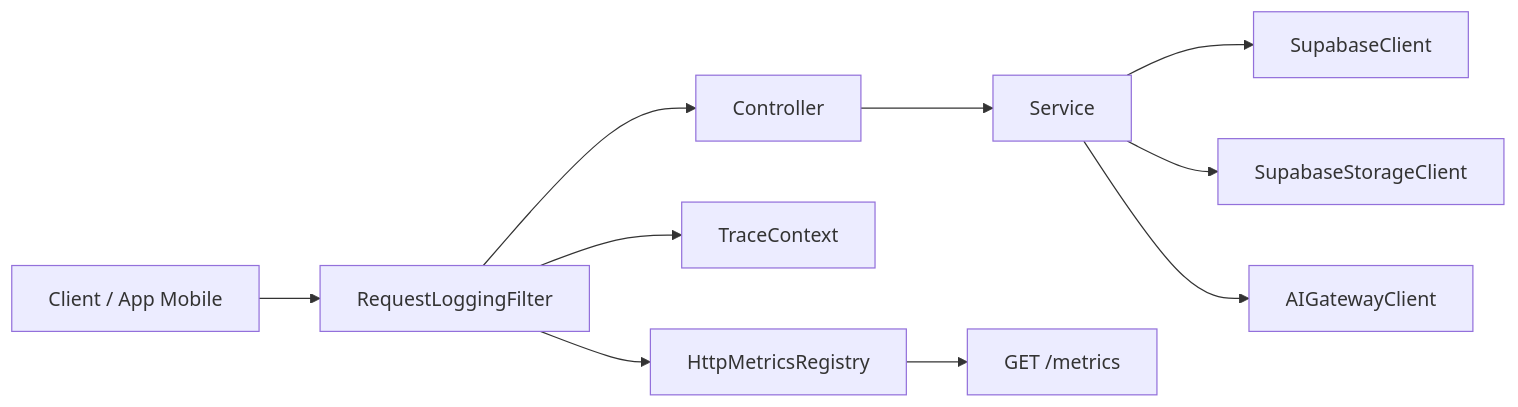
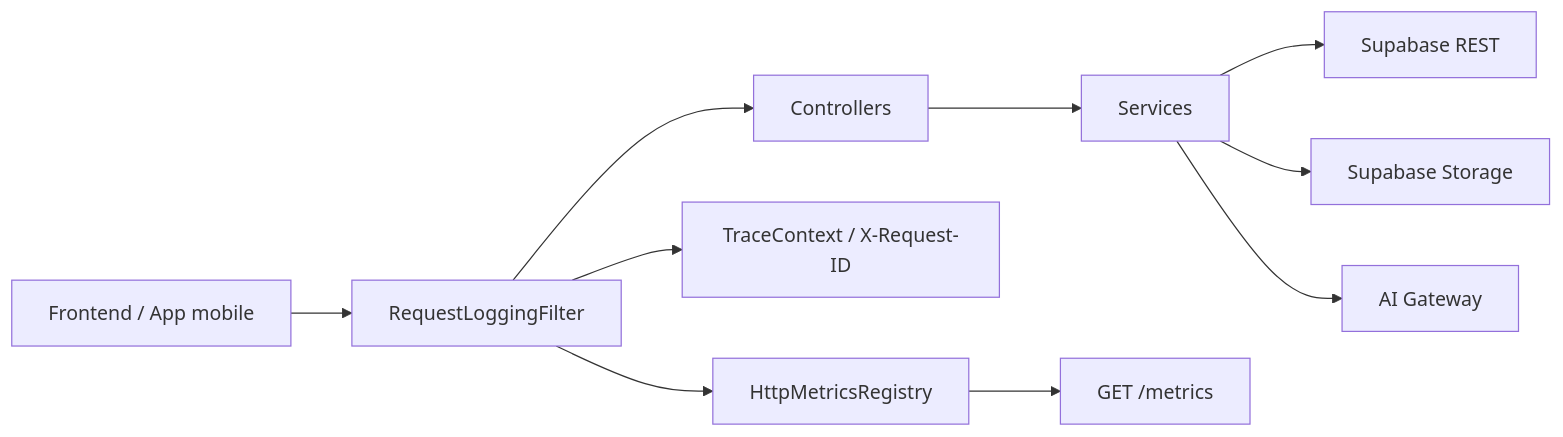
One commit to Boddenberg/vidasync-bff changed the first of 5 diagrams in README.md. Above: the diagram before and after it, drawn with Mermaid. The commit also changed other lines of this file, not shown here.

````diff
--- a/README.md
+++ b/README.md
@@ -37,12 +107,12 @@
 ```mermaid
 flowchart LR
-    A["Client / App Mobile"] --> B["RequestLoggingFilter"]
-    B --> C["Controller"]
-    C --> D["Service"]
-    D --> E["SupabaseClient"]
-    D --> F["SupabaseStorageClient"]
-    D --> G["AIGatewayClient"]
-    B --> H["TraceContext"]
-    B --> I["HttpMetricsRegistry"]
-    I --> J["GET /metrics"]
+    App["Frontend / App mobile"] --> Filter["RequestLoggingFilter"]
+    Filter --> Controllers["Controllers"]
+    Controllers --> Services["Services"]
+    Services --> SupabaseREST["Supabase REST"]
+    Services --> SupabaseStorage["Supabase Storage"]
+    Services --> AIGateway["AI Gateway"]
+    Filter --> Trace["TraceContext / X-Request-ID"]
+    Filter --> Metrics["HttpMetricsRegistry"]
+    Metrics --> Prom["GET /metrics"]
 ```
````
